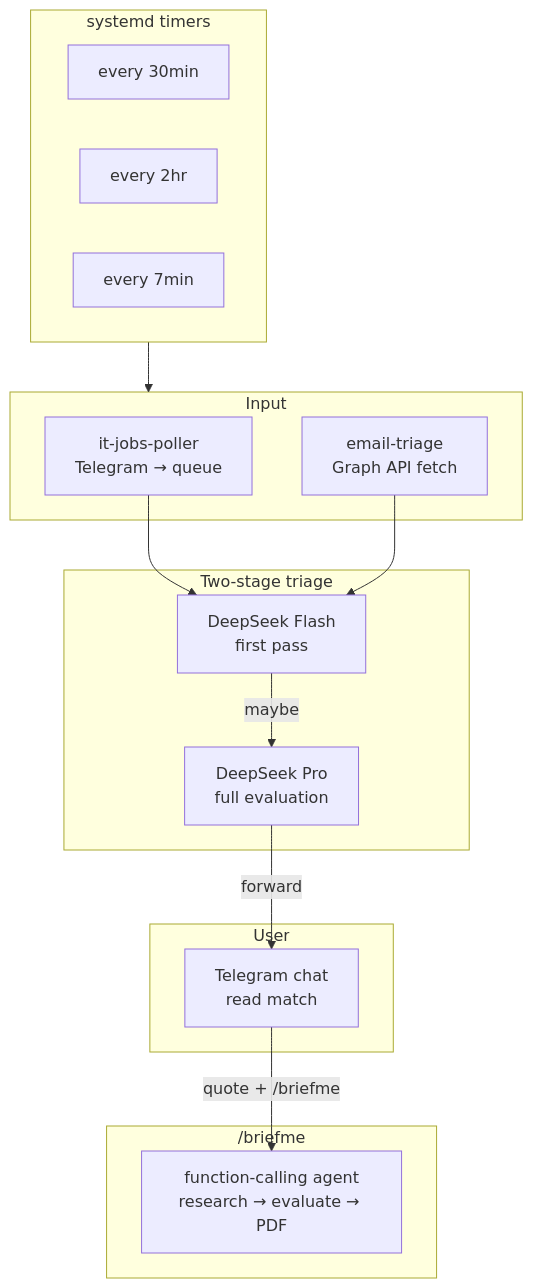
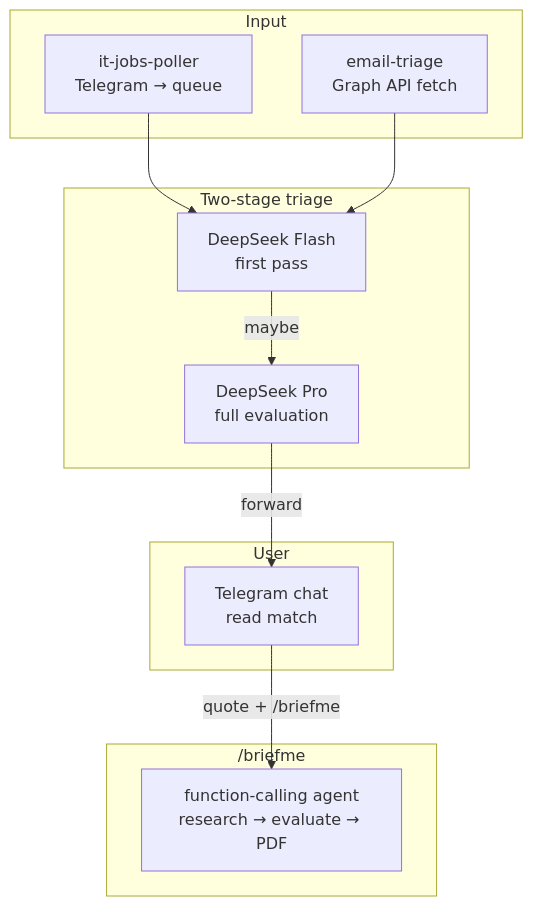
One commit to mknull/tg-infra changed the diagram in README.md. Above: the diagram before and after it, drawn with Mermaid.

Commit message:
Drop systemd timers box from architecture diagram
The timers are an implementation detail — the diagram should show the decision
funnel, not the invocation mechanism.

````diff
--- a/README.md
+++ b/README.md
@@ -7,34 +7,26 @@
 ```mermaid
 flowchart TB
-  subgraph Runner["systemd timers"]
-    direction LR
-    T1[every 30min]
-    T2[every 2hr]
-    T3[every 7min]
-  end
-
   subgraph Input
     Poller[it-jobs-poller<br/>Telegram → queue]
     Email[email-triage<br/>Graph API fetch]
   end
 
   subgraph Decision["Two-stage triage"]
     Flash[DeepSeek Flash<br/>first pass]
     Pro[DeepSeek Pro<br/>full evaluation]
   end
 
   subgraph Action["User"]
     Chat[Telegram chat<br/>read match]
   end
 
   subgraph Brief["/briefme"]
     Agent[function-calling agent<br/>research → evaluate → PDF]
   end
 
-  Runner --> Input
   Poller --> Flash
   Email --> Flash
   Flash -->|maybe| Pro
   Pro -->|forward| Chat
   Chat -->|quote + /briefme| Agent
 ```
````
